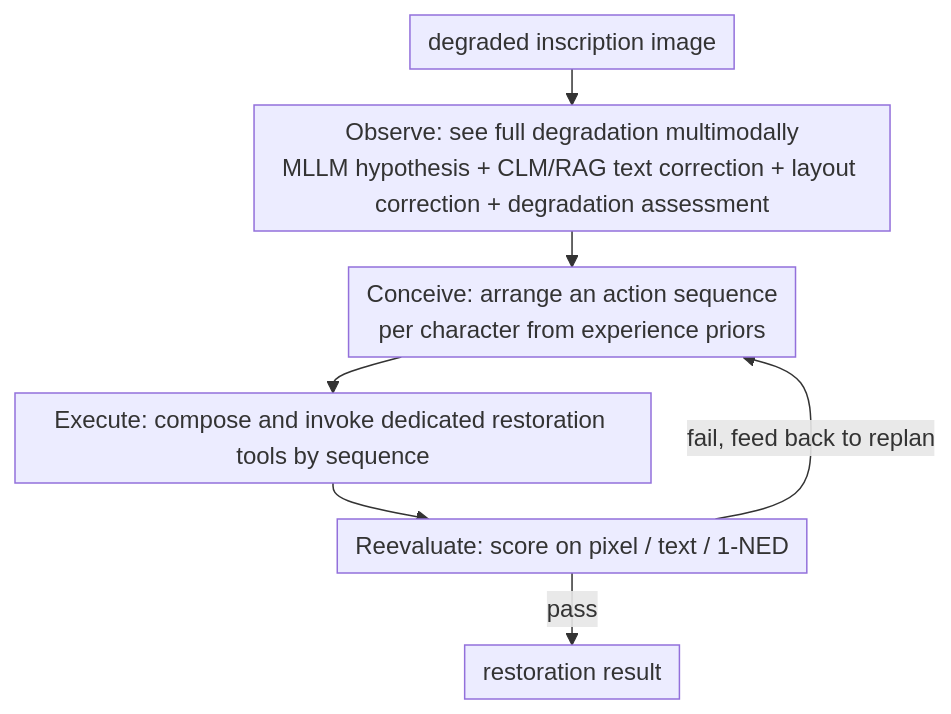
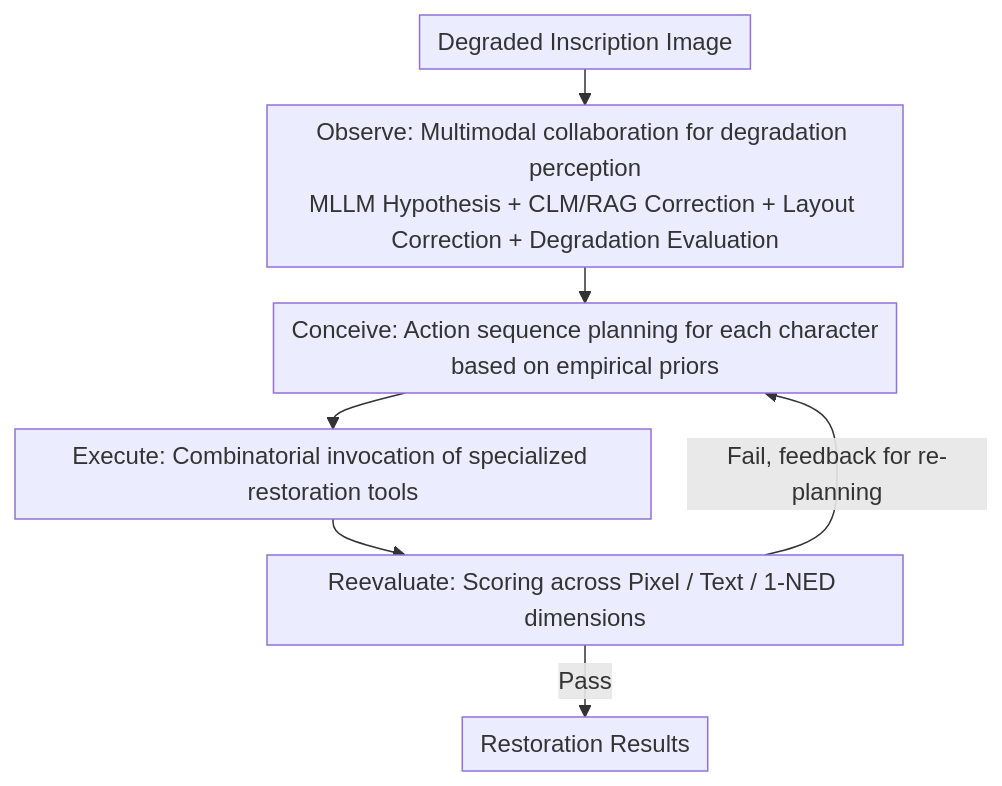
The diagram in docs/CVPR2026/llm_agent/epiagent_agent_centric_system_for_ancient_inscription_restoration.md (zhaoyang97/Paper-Notes-en), drawn with Mermaid before and after one commit. The commit also changed other lines of this file and 8366 other files, not shown here.

````diff
--- a/docs/CVPR2026/llm_agent/epiagent_agent_centric_system_for_ancient_inscription_restoration.md
+++ b/docs/CVPR2026/llm_agent/epiagent_agent_centric_system_for_ancient_inscription_restoration.md
@@ -49,10 +44,10 @@
 ```mermaid
 %%{init: {'flowchart': {'rankSpacing': 24, 'nodeSpacing': 28, 'padding': 6, 'wrappingWidth': 400}}}%%
 flowchart TD
-    I["degraded inscription image"] --> O["Observe: see full degradation multimodally<br/>MLLM hypothesis + CLM/RAG text correction + layout correction + degradation assessment"]
-    O --> C["Conceive: arrange an action sequence<br/>per character from experience priors"]
-    C --> E["Execute: compose and invoke dedicated restoration tools by sequence"]
-    E --> R["Reevaluate: score on pixel / text / 1-NED"]
-    R -->|pass| Out["restoration result"]
-    R -->|fail, feed back to replan| C
+    I["Degraded Inscription Image"] --> O["Observe: Multimodal collaboration for degradation perception<br/>MLLM Hypothesis + CLM/RAG Correction + Layout Correction + Degradation Evaluation"]
+    O --> C["Conceive: Action sequence planning for each character<br/>based on empirical priors"]
+    C --> E["Execute: Combinatorial invocation of specialized restoration tools"]
+    E --> R["Reevaluate: Scoring across Pixel / Text / 1-NED dimensions"]
+    R -->|Pass| Out["Restoration Results"]
+    R -->|Fail, feedback for re-planning| C
 ```
````
